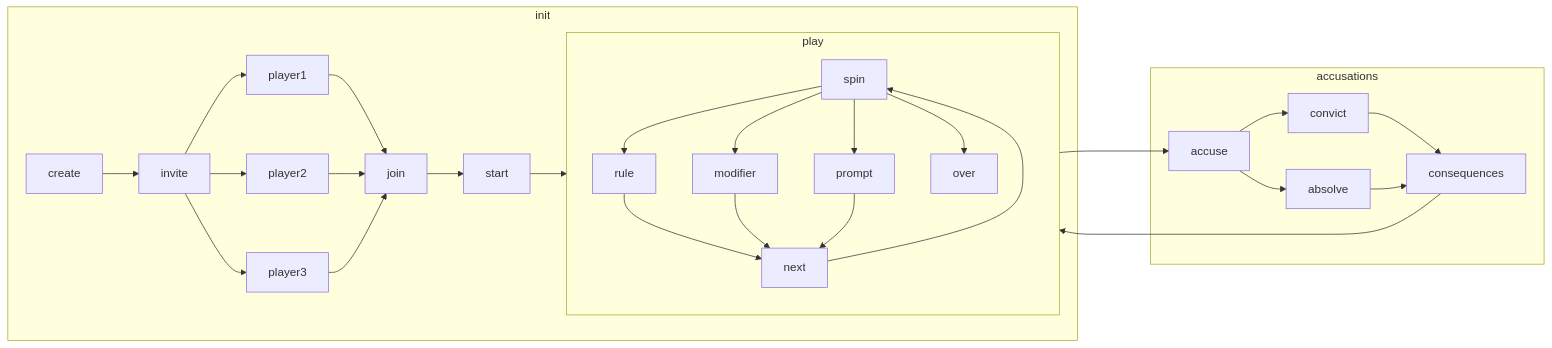
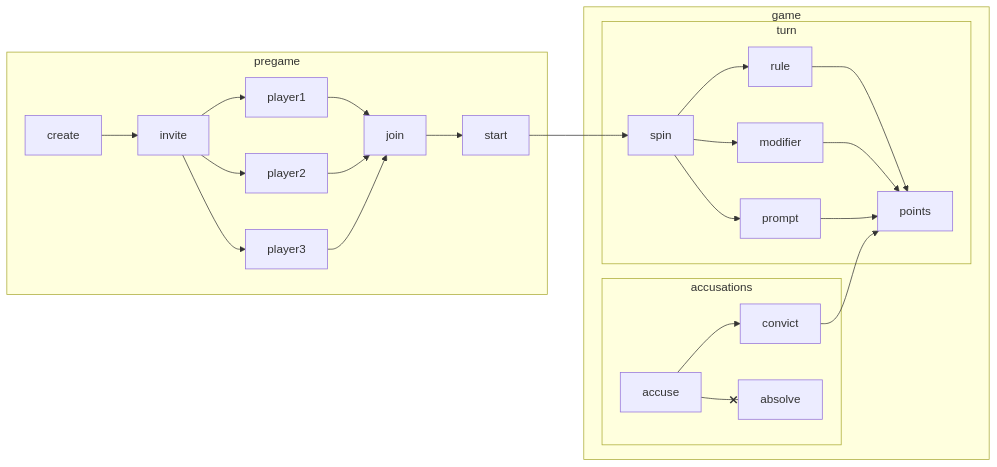
One commit to grackleclub/rulette changed the first of 2 diagrams in README.md. Above: the diagram before and after it, drawn with Mermaid.

Commit message:
better charts

````diff
--- a/README.md
+++ b/README.md
@@ -9,28 +9,26 @@
 ```mermaid
 flowchart LR
-  subgraph init
+  subgraph pregame
     create --> invite
     invite --> player1
     invite --> player2
     invite --> player3
     player1 --> join
     player2 --> join
     player3 --> join
     join --> start
-    start --> play
   end
-  spin
-  subgraph play
-    spin --> rule --> next
-    spin --> modifier --> next
-    spin --> prompt --> next
-    spin --> over
-    next --> spin
+  start --> spin
+  subgraph game
+    subgraph turn
+      spin --> rule --> points
+      spin --> modifier --> points
+      spin --> prompt --> points
+    end
+    subgraph accusations
+      accuse --> convict
+      accuse --x absolve
+    end
+    convict --> points
   end
-  play ---> accuse
-  subgraph accusations
-    accuse --> convict --> consequences
- accuse --> absolve --> consequences
-  end
-  consequences ---> play
 ```
````
